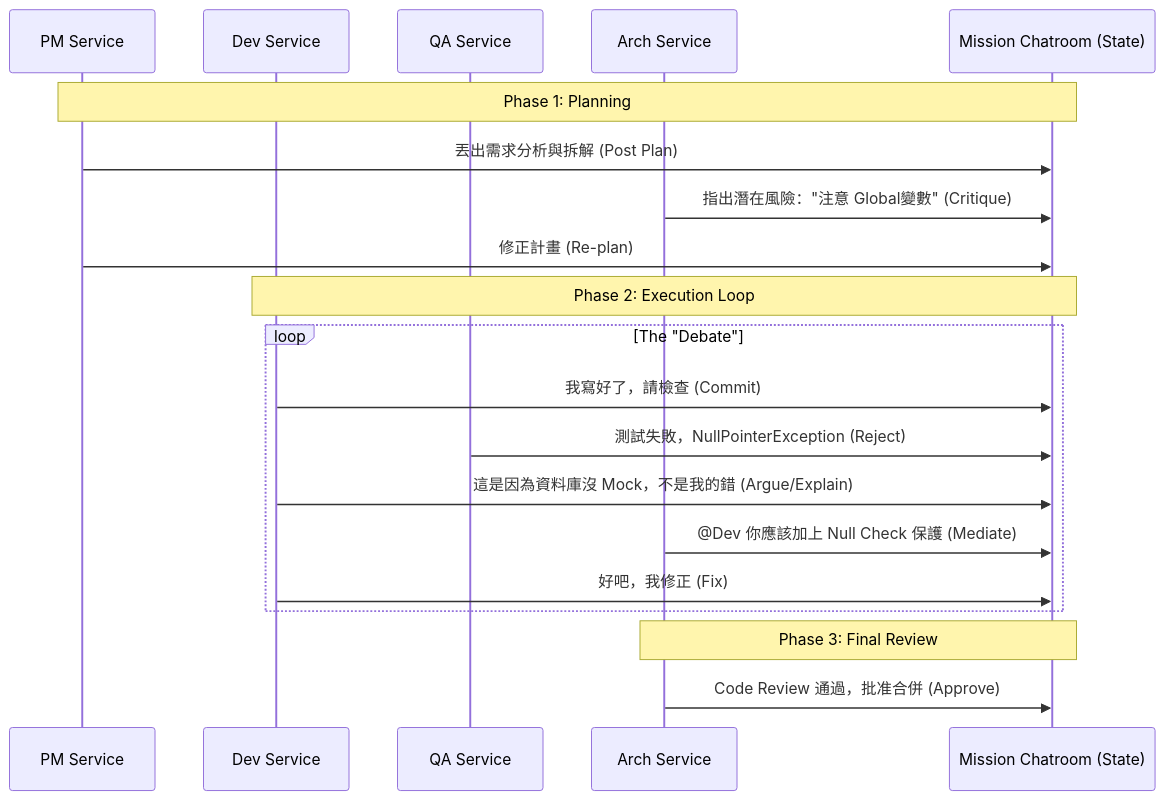
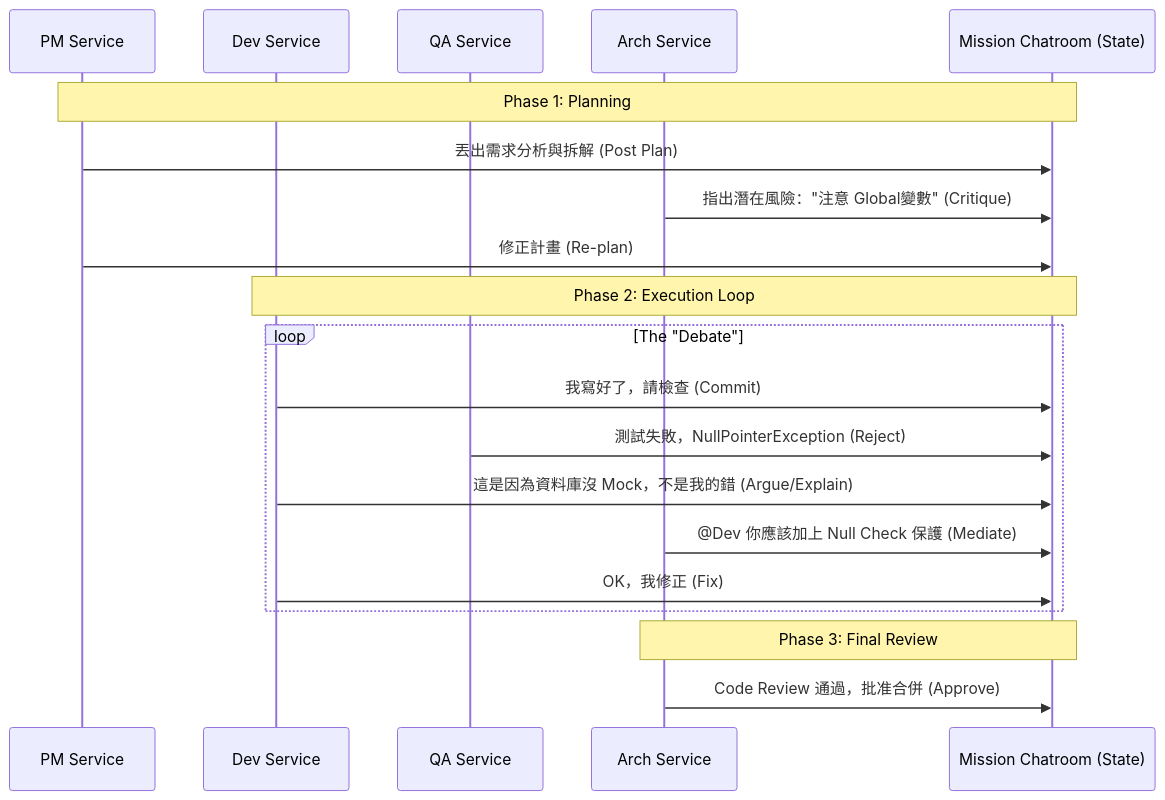
The second of 2 diagrams in docs/custom_agent_design.md (wmwang/ai_coding_agent), drawn with Mermaid before and after one commit.

````diff
--- a/docs/custom_agent_design.md
+++ b/docs/custom_agent_design.md
@@ -85,25 +85,25 @@
 ```mermaid
 sequenceDiagram
     participant PM as PM Service
     participant Dev as Dev Service
     participant QA as QA Service
     participant Arch as Arch Service
     participant Room as Mission Chatroom (State)
 
     Note over PM, Room: Phase 1: Planning
     PM->>Room: 丟出需求分析與拆解 (Post Plan)
     Arch->>Room: 指出潛在風險："注意 Global變數" (Critique)
     PM->>Room: 修正計畫 (Re-plan)
 
     Note over Dev, Room: Phase 2: Execution Loop
     loop The "Debate"
         Dev->>Room: 我寫好了，請檢查 (Commit)
         QA->>Room: 測試失敗，NullPointerException (Reject)
         Dev->>Room: 這是因為資料庫沒 Mock，不是我的錯 (Argue/Explain)
         Arch->>Room: @Dev 你應該加上 Null Check 保護 (Mediate)
-        Dev->>Room: 好吧，我修正 (Fix)
+        Dev->>Room: OK，我修正 (Fix)
     end
 
     Note over Arch, Room: Phase 3: Final Review
     Arch->>Room: Code Review 通過，批准合併 (Approve)
 ```
````
